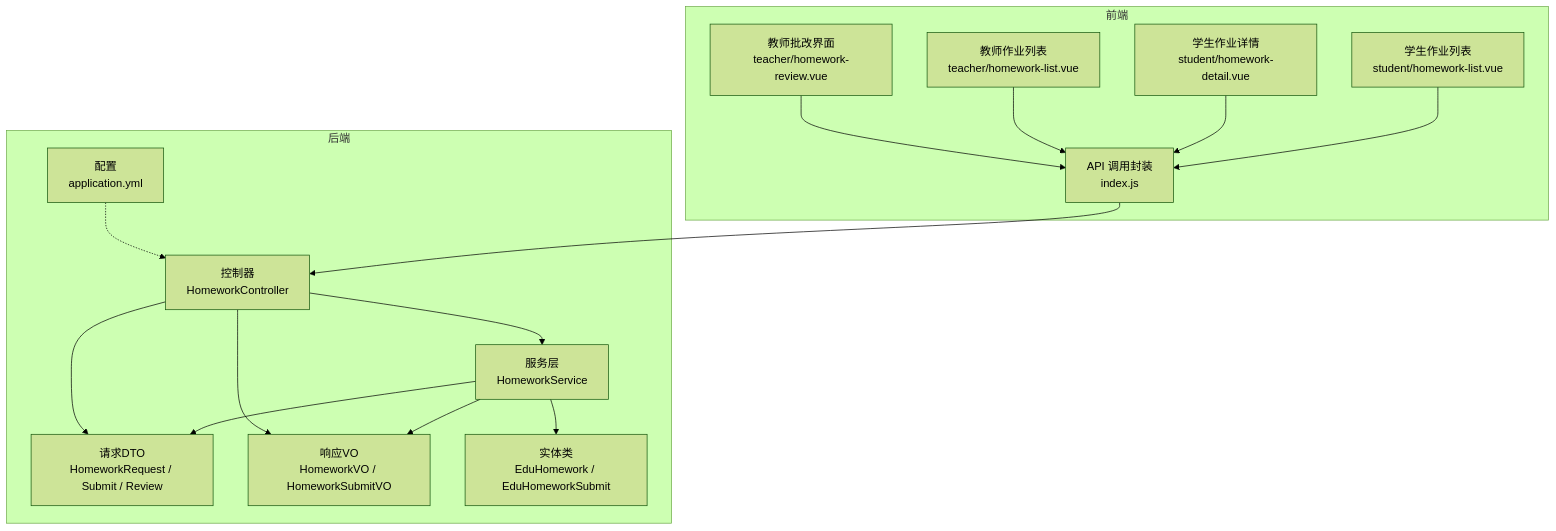
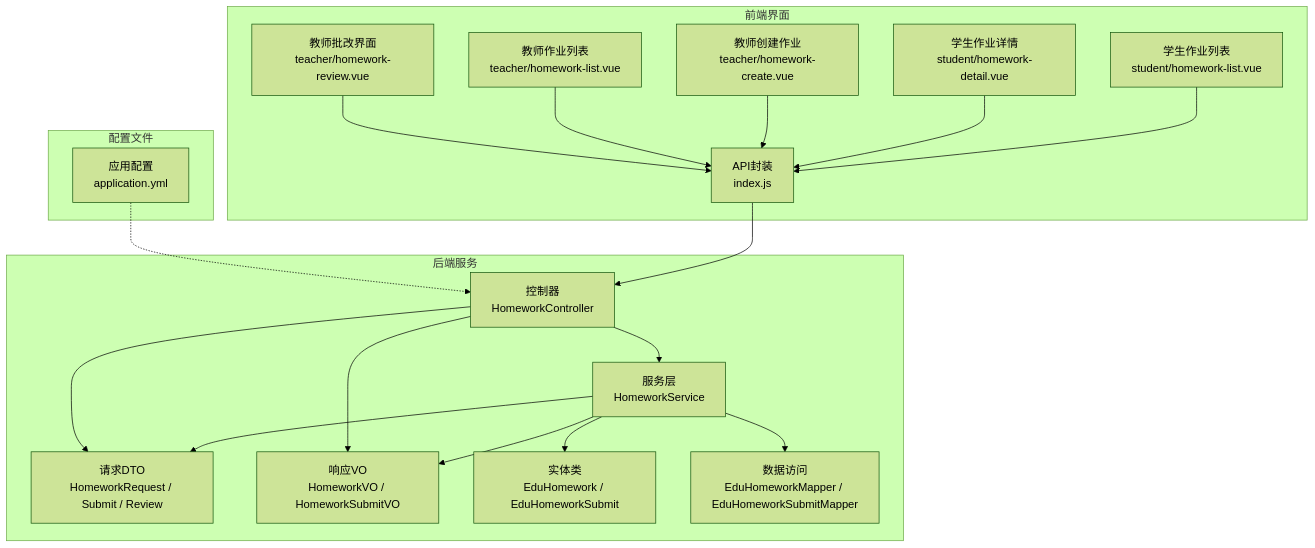
The first of 6 diagrams in .qoder/repowiki/zh/content/API接口文档/作业管理API.md (Jian9527/HelenEdu), drawn with Mermaid (forest theme) before and after one commit. The commit also changed other lines of this file and 41 other files, not shown here.

````diff
--- a/.qoder/repowiki/zh/content/API接口文档/作业管理API.md
+++ b/.qoder/repowiki/zh/content/API接口文档/作业管理API.md
@@ -45,30 +58,36 @@
 ```mermaid
 graph TB
-subgraph "前端"
-FE_API["API 调用封装<br/>index.js"]
+subgraph "前端界面"
+FE_API["API封装<br/>index.js"]
 FE_STU_LIST["学生作业列表<br/>student/homework-list.vue"]
 FE_STU_DETAIL["学生作业详情<br/>student/homework-detail.vue"]
+FE_TEA_CREATE["教师创建作业<br/>teacher/homework-create.vue"]
 FE_TEA_LIST["教师作业列表<br/>teacher/homework-list.vue"]
 FE_TEA_REVIEW["教师批改界面<br/>teacher/homework-review.vue"]
 end
-subgraph "后端"
+subgraph "后端服务"
 CTRL["控制器<br/>HomeworkController"]
 SVC["服务层<br/>HomeworkService"]
 DTO["请求DTO<br/>HomeworkRequest / Submit / Review"]
 VO["响应VO<br/>HomeworkVO / HomeworkSubmitVO"]
 ENTITY["实体类<br/>EduHomework / EduHomeworkSubmit"]
-CONF["配置<br/>application.yml"]
+MAPPER["数据访问<br/>EduHomeworkMapper / EduHomeworkSubmitMapper"]
+end
+subgraph "配置文件"
+CONF["应用配置<br/>application.yml"]
 end
 FE_API --> CTRL
 FE_STU_LIST --> FE_API
 FE_STU_DETAIL --> FE_API
+FE_TEA_CREATE --> FE_API
 FE_TEA_LIST --> FE_API
 FE_TEA_REVIEW --> FE_API
 CTRL --> SVC
 SVC --> DTO
 SVC --> VO
 SVC --> ENTITY
+SVC --> MAPPER
 CTRL --> VO
 CTRL --> DTO
 CONF -.-> CTRL
 ```
````
